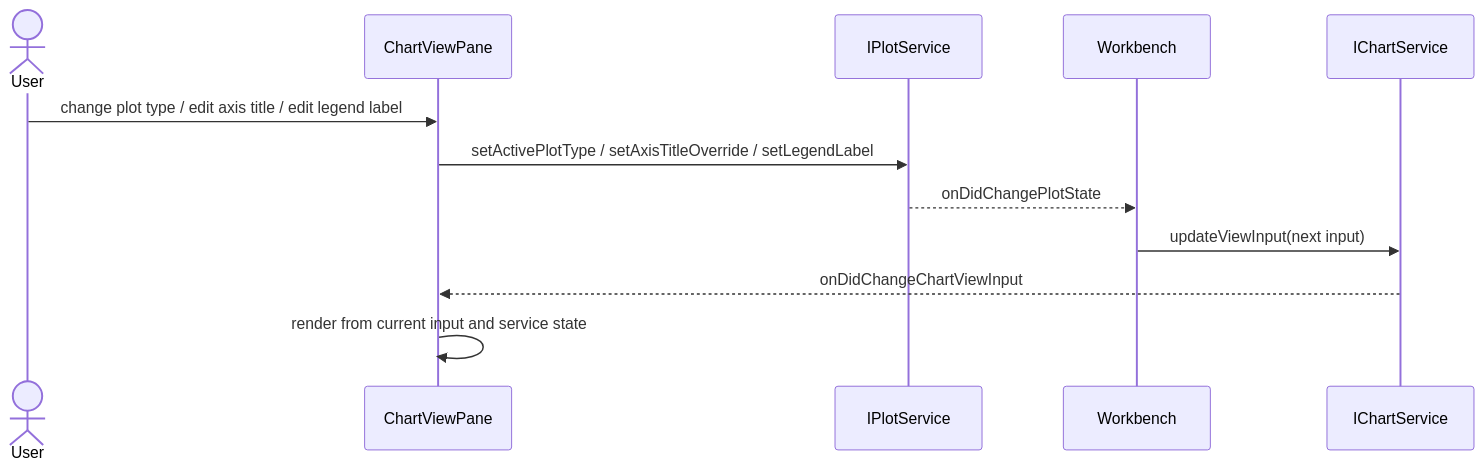
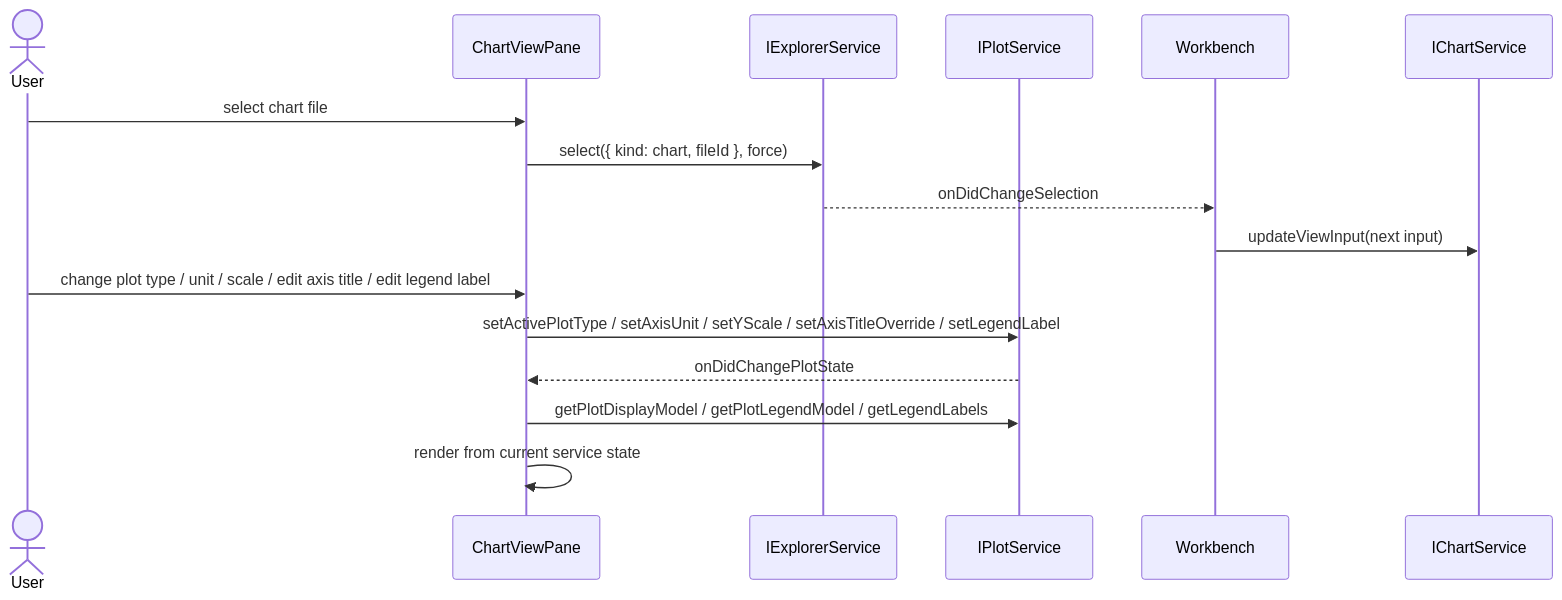
Before and after one commit to chogng/conductor: the second of 3 diagrams in .github/instructions/chart.instructions.md, drawn with Mermaid. The commit also changed other lines of this file and 82 other files, not shown here.

First line of the commit message:
refactor: consolidate workbench ownership for settings and view inputs

````diff
--- a/.github/instructions/chart.instructions.md
+++ b/.github/instructions/chart.instructions.md
@@ -105,15 +109,19 @@
 ```mermaid
 sequenceDiagram
     actor User
     participant ChartViewPane
+    participant ExplorerService as IExplorerService
     participant PlotService as IPlotService
     participant Workbench
     participant ChartService as IChartService
 
-    User->>ChartViewPane: change plot type / edit axis title / edit legend label
-    ChartViewPane->>PlotService: setActivePlotType / setAxisTitleOverride / setLegendLabel
-    PlotService-->>Workbench: onDidChangePlotState
+    User->>ChartViewPane: select chart file
+    ChartViewPane->>ExplorerService: select({ kind: chart, fileId }, force)
+    ExplorerService-->>Workbench: onDidChangeSelection
     Workbench->>ChartService: updateViewInput(next input)
-    ChartService-->>ChartViewPane: onDidChangeChartViewInput
-    ChartViewPane->>ChartViewPane: render from current input and service state
+    User->>ChartViewPane: change plot type / unit / scale / edit axis title / edit legend label
+    ChartViewPane->>PlotService: setActivePlotType / setAxisUnit / setYScale / setAxisTitleOverride / setLegendLabel
+    PlotService-->>ChartViewPane: onDidChangePlotState
+    ChartViewPane->>PlotService: getPlotDisplayModel / getPlotLegendModel / getLegendLabels
+    ChartViewPane->>ChartViewPane: render from current service state
 ```
````
